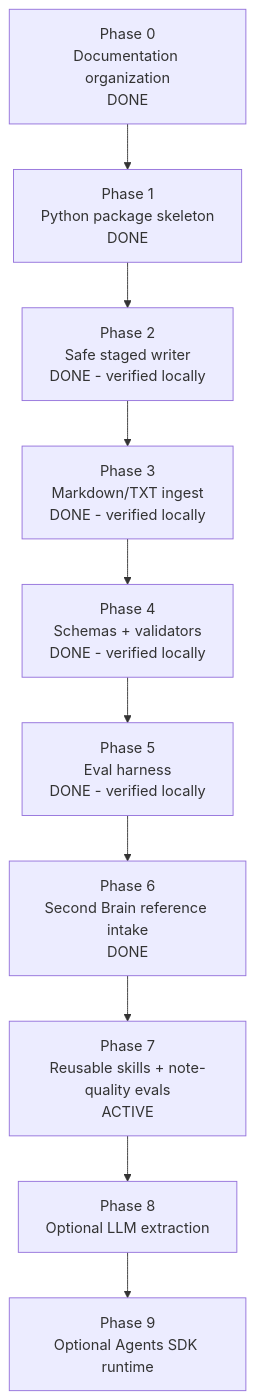
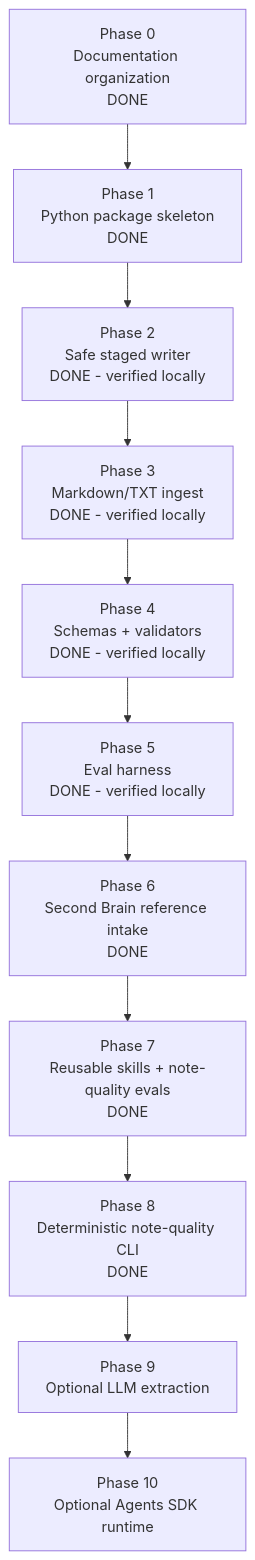
One commit to Denys/obsidian-librarian-to-add changed the diagram in docs/10_implementation_plan.md. Above: the diagram before and after it, drawn with Mermaid. The commit also changed other lines of this file and 8 other files, not shown here.

````diff
--- a/docs/10_implementation_plan.md
+++ b/docs/10_implementation_plan.md
@@ -5,15 +5,16 @@
 ```mermaid
 flowchart TD
     P0[Phase 0<br/>Documentation organization<br/>DONE]
     P1[Phase 1<br/>Python package skeleton<br/>DONE]
     P2[Phase 2<br/>Safe staged writer<br/>DONE - verified locally]
     P3[Phase 3<br/>Markdown/TXT ingest<br/>DONE - verified locally]
     P4[Phase 4<br/>Schemas + validators<br/>DONE - verified locally]
     P5[Phase 5<br/>Eval harness<br/>DONE - verified locally]
     P6[Phase 6<br/>Second Brain reference intake<br/>DONE]
-    P7[Phase 7<br/>Reusable skills + note-quality evals<br/>ACTIVE]
-    P8[Phase 8<br/>Optional LLM extraction]
-    P9[Phase 9<br/>Optional Agents SDK runtime]
+    P7[Phase 7<br/>Reusable skills + note-quality evals<br/>DONE]
+    P8[Phase 8<br/>Deterministic note-quality CLI<br/>DONE]
+    P9[Phase 9<br/>Optional LLM extraction]
+    P10[Phase 10<br/>Optional Agents SDK runtime]
 
-    P0 --> P1 --> P2 --> P3 --> P4 --> P5 --> P6 --> P7 --> P8 --> P9
+    P0 --> P1 --> P2 --> P3 --> P4 --> P5 --> P6 --> P7 --> P8 --> P9 --> P10
 ```
````
